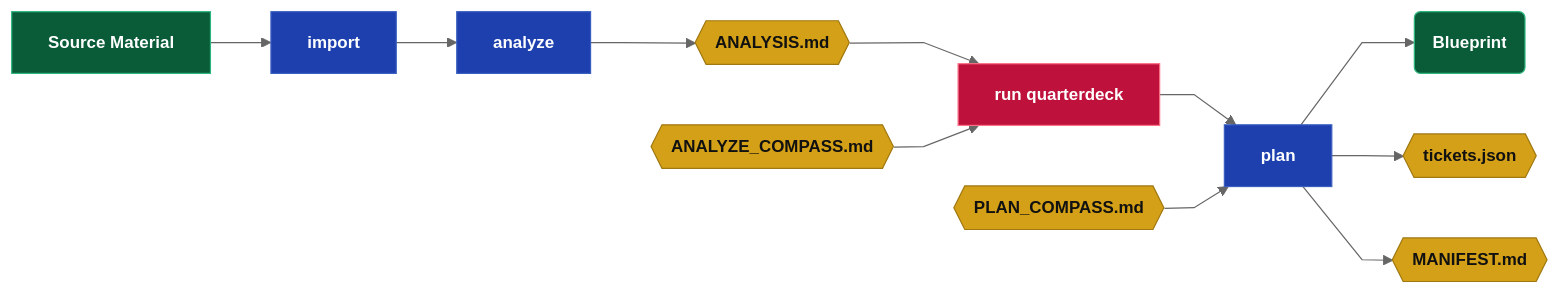
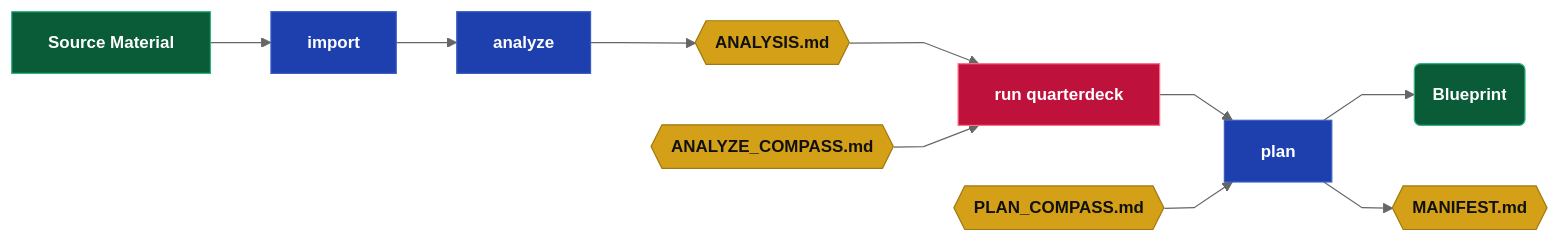
One commit to webcloudstudio/Drydock changed the third of 7 diagrams in docs/Drydock_Specification.md. Above: the diagram before and after it, drawn with Mermaid. The commit also changed other lines of this file and 6 other files, not shown here.

````diff
--- a/docs/Drydock_Specification.md
+++ b/docs/Drydock_Specification.md
@@ -244,21 +244,20 @@
 ```mermaid
 %%{init: {'theme': 'neutral', 'flowchart': {'curve': 'linear'}, 'themeVariables': {'fontSize': '14px'}}}%%
 flowchart LR
   classDef dir    fill:#0a5c38,stroke:#2cb67d,color:#fff,font-weight:bold
   classDef md     fill:#d4a017,stroke:#a07810,color:#111,font-weight:bold
   classDef script fill:#1e40af,stroke:#3b5fc0,color:#fff,font-weight:bold
   classDef prompt fill:#c2410c,stroke:#ea580c,color:#fff,font-weight:bold
   classDef output fill:#6d28d9,stroke:#8b5cf6,color:#fff,font-weight:bold
   classDef web    fill:#be123c,stroke:#fb7185,color:#fff,font-weight:bold
 
   SRC["Source Material"]:::dir --> IMPORT["import"]:::script
   IMPORT --> ANALYZE["analyze"]:::script
   ANALYZE --> ANALYSIS{{"ANALYSIS.md"}}:::md
   ANALYSIS --> QUARTERDECK["run quarterdeck"]:::web
   ACOMPASS{{"ANALYZE_COMPASS.md"}}:::md --> QUARTERDECK
   QUARTERDECK --> PLANCREATE["plan"]:::script
   PCOMPASS{{"PLAN_COMPASS.md"}}:::md --> PLANCREATE
   PLANCREATE --> BLUEPRINT("Blueprint"):::dir
-  PLANCREATE --> BCOMPASS{{"tickets.json"}}:::md
   PLANCREATE --> MANIFEST{{"MANIFEST.md"}}:::md
 ```
````
